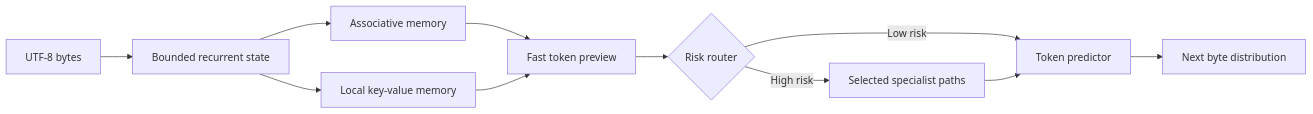
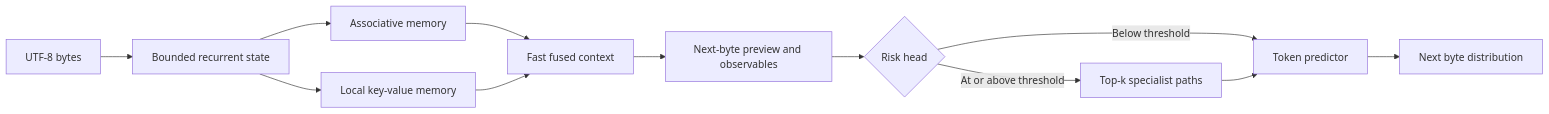
One commit to Koemi-AI/Koemi-1FPA changed the diagram in README.md. Above: the diagram before and after it, drawn with Mermaid. The commit also changed other lines of this file and 1 other file, not shown here.

````diff
--- a/README.md
+++ b/README.md
@@ -93,13 +123,14 @@
 ```mermaid
 flowchart LR
     Input[UTF-8 bytes] --> State[Bounded recurrent state]
     State --> Memory[Associative memory]
     State --> Local[Local key-value memory]
-    Memory --> Preview[Fast token preview]
-    Local --> Preview
-    Preview --> Router{Risk router}
-    Router -->|Low risk| Head[Token predictor]
-    Router -->|High risk| Specialists[Selected specialist paths]
+    Memory --> Fast[Fast fused context]
+    Local --> Fast
+    Fast --> Preview[Next-byte preview and observables]
+    Preview --> Router{Risk head}
+    Router -->|Below threshold| Head[Token predictor]
+    Router -->|At or above threshold| Specialists[Top-k specialist paths]
     Specialists --> Head
     Head --> Next[Next byte distribution]
 ```
````
